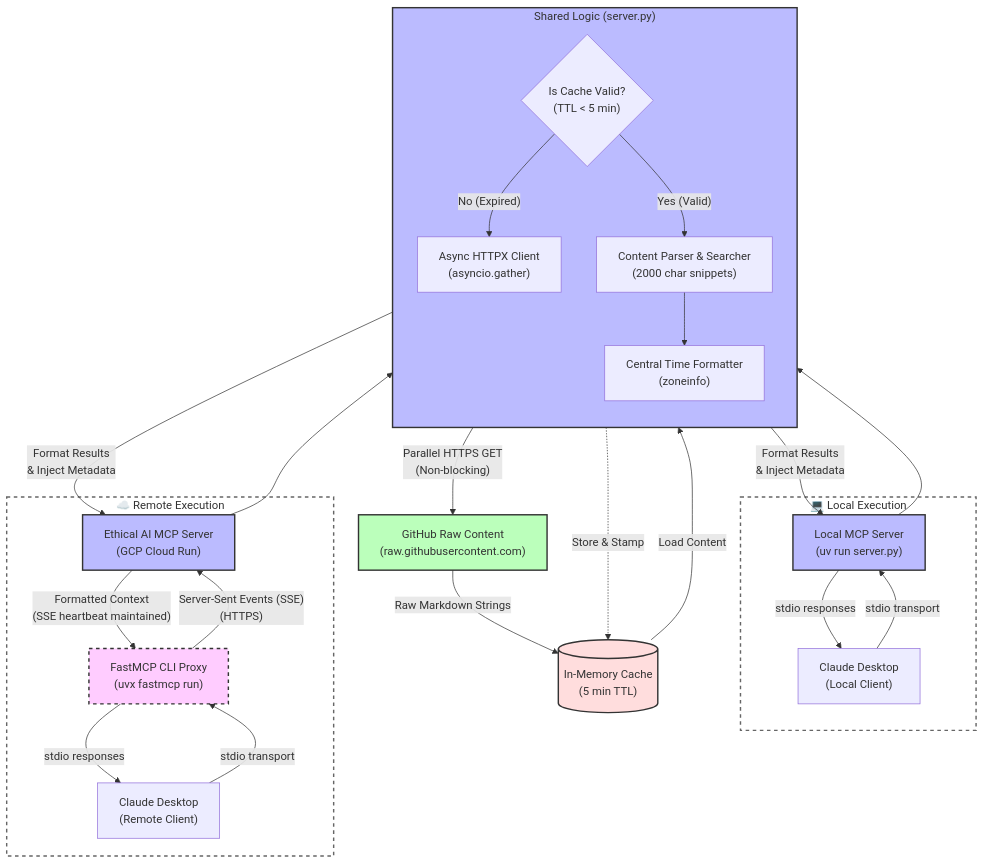
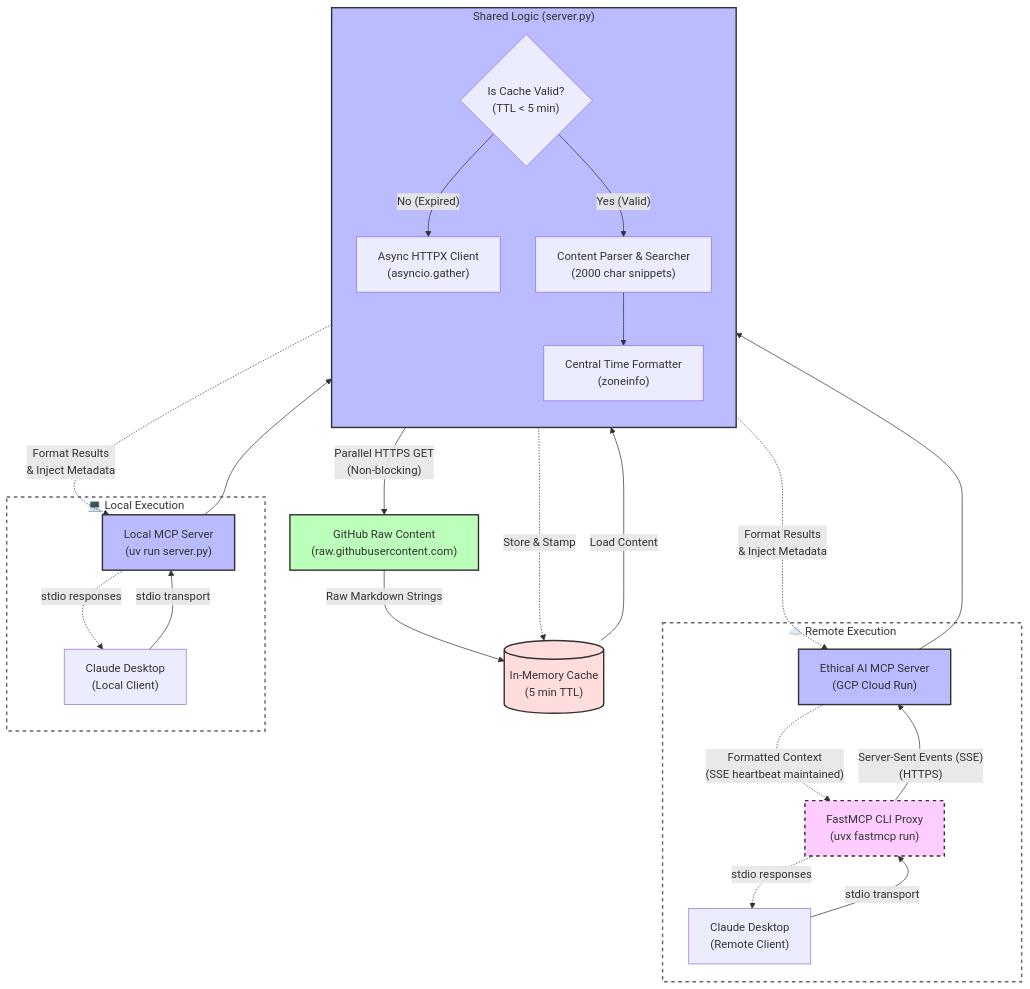
The diagram in 08-mcp-server/README.md (lynnlangit/learning-ethical-ai), drawn with Mermaid before and after one commit.

Commit message:
diagram update 2

````diff
--- a/08-mcp-server/README.md
+++ b/08-mcp-server/README.md
@@ -93,67 +93,71 @@
 ```mermaid
 flowchart TD
     %% Client Setups
     subgraph Local_Setup["💻 Local Execution"]
         ClaudeL["Claude Desktop<br>(Local Client)"]
         LocalServer["Local MCP Server<br>(uv run server.py)"]
         ClaudeL -- "stdio transport" --> LocalServer
     end
     
     subgraph Remote_Setup["☁️ Remote Execution"]
         ClaudeR["Claude Desktop<br>(Remote Client)"]
         FastMCPProxy["FastMCP CLI Proxy<br>(uvx fastmcp run)"]
         CloudServer["Ethical AI MCP Server<br>(GCP Cloud Run)"]
         ClaudeR -- "stdio transport" --> FastMCPProxy
         FastMCPProxy -- "Server-Sent Events (SSE)<br>(HTTPS)" --> CloudServer
     end
+
+    %% Force Left-to-Right Side-by-Side Ordering
+    ClaudeL ~~~ ClaudeR
+    LocalServer ~~~ CloudServer
     
     %% Shared Server Logic
     subgraph Server_Internals["Shared Logic (server.py)"]
         direction TB
         Router{"Is Cache Valid?<br>(TTL < 5 min)"}
         Fetchers["Async HTTPX Client<br>(asyncio.gather)"]
         Parser["Content Parser & Searcher<br>(2000 char snippets)"]
         Timestamp["Central Time Formatter<br>(zoneinfo)"]
     end
     
     LocalServer --> Router
     CloudServer --> Router
     
     %% Cache & External Storage
     Cache[("In-Memory Cache<br>(5 min TTL)")]
     GitHub["GitHub Raw Content<br>(raw.githubusercontent.com)"]
     
     %% Internal Logic Workflows
     Router -- "No (Expired)" --> Fetchers
     Router -- "Yes (Valid)" --> Parser
     
     Fetchers -- "Parallel HTTPS GET<br>(Non-blocking)" --> GitHub
     GitHub -- "Raw Markdown Strings" --> Cache
     Fetchers -. "Store & Stamp" .-> Cache
     
     Cache -- "Load Content" --> Parser
     Parser --> Timestamp
     
-    %% Serving Results
-    Timestamp -- "Format Results<br>& Inject Metadata" --> LocalServer
-    Timestamp -- "Format Results<br>& Inject Metadata" --> CloudServer
+    %% Serving Results (Dotted lines prevent layout cycles pulling roots downwards)
+    Timestamp -. "Format Results<br>& Inject Metadata" .-> LocalServer
+    Timestamp -. "Format Results<br>& Inject Metadata" .-> CloudServer
     
-    CloudServer -- "Formatted Context<br>(SSE heartbeat maintained)" --> FastMCPProxy
-    FastMCPProxy -- "stdio responses" --> ClaudeR
-    LocalServer -- "stdio responses" --> ClaudeL
+    CloudServer -. "Formatted Context<br>(SSE heartbeat maintained)" .-> FastMCPProxy
+    FastMCPProxy -. "stdio responses" .-> ClaudeR
+    LocalServer -. "stdio responses" .-> ClaudeL
 
     %% Styling
     classDef client fill:#f9f,stroke:#333,stroke-width:2px;
     classDef server fill:#bbf,stroke:#333,stroke-width:2px;
     classDef external fill:#bfb,stroke:#333,stroke-width:2px;
     classDef cache fill:#fdd,stroke:#333,stroke-width:2px;
     classDef proxy fill:#fcf,stroke:#333,stroke-width:2px,stroke-dasharray: 5 5;
     classDef subgraphFrame fill:none,stroke:#666,stroke-width:2px,stroke-dasharray: 5 5;
     
     class Claude client
     class FastMCPProxy proxy
     class LocalServer,CloudServer,Server_Internals server
     class GitHub external
     class Cache cache
     class Local_Setup,Remote_Setup subgraphFrame
 ```
````
